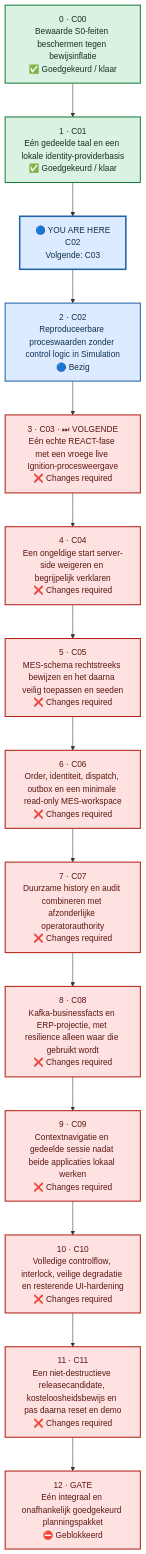
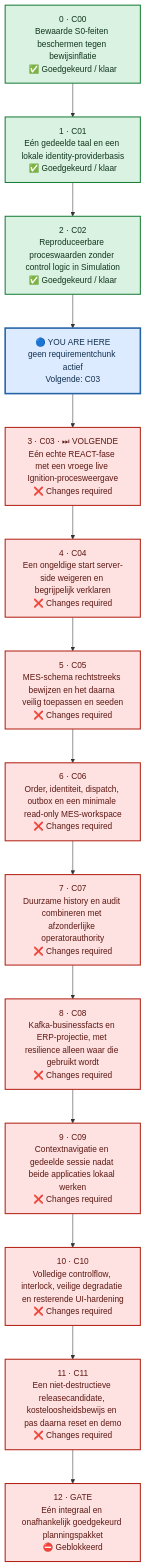
The diagram in chunks.mmd (Jandesch91/n1-bioforge-requirements-cockpit), drawn with Mermaid before and after one commit. The commit also changed 3 other files, not shown here.

```diff
--- a/chunks.mmd
+++ b/chunks.mmd
@@ -1,39 +1,39 @@
 %%{init: {"flowchart": {"curve": "linear", "nodeSpacing": 55, "rankSpacing": 65, "htmlLabels": true}}}%%
 flowchart TB
     %% One vertical lane: order is explicit and no dependency arrows cross.
     chunk_0["0 · C00<br/>Bewaarde S0-feiten beschermen tegen bewijsinflatie<br/>✅ Goedgekeurd / klaar"]
     chunk_1["1 · C01<br/>Eén gedeelde taal en een lokale identity-providerbasis<br/>✅ Goedgekeurd / klaar"]
-    chunk_2["2 · C02<br/>Reproduceerbare proceswaarden zonder control logic in Simulation<br/>🔵 Bezig"]
+    chunk_2["2 · C02<br/>Reproduceerbare proceswaarden zonder control logic in Simulation<br/>✅ Goedgekeurd / klaar"]
     chunk_3["3 · C03 · ⏭ VOLGENDE<br/>Eén echte REACT-fase met een vroege live Ignition-procesweergave<br/>❌ Changes required"]
     chunk_4["4 · C04<br/>Een ongeldige start server-side weigeren en begrijpelijk verklaren<br/>❌ Changes required"]
     chunk_5["5 · C05<br/>MES-schema rechtstreeks bewijzen en het daarna veilig toepassen en seeden<br/>❌ Changes required"]
     chunk_6["6 · C06<br/>Order, identiteit, dispatch, outbox en een minimale read-only MES-workspace<br/>❌ Changes required"]
     chunk_7["7 · C07<br/>Duurzame history en audit combineren met afzonderlijke operatorauthority<br/>❌ Changes required"]
     chunk_8["8 · C08<br/>Kafka-businessfacts en ERP-projectie, met resilience alleen waar die gebruikt wordt<br/>❌ Changes required"]
     chunk_9["9 · C09<br/>Contextnavigatie en gedeelde sessie nadat beide applicaties lokaal werken<br/>❌ Changes required"]
     chunk_10["10 · C10<br/>Volledige controlflow, interlock, veilige degradatie en resterende UI-hardening<br/>❌ Changes required"]
     chunk_11["11 · C11<br/>Een niet-destructieve releasecandidate, kosteloosheidsbewijs en pas daarna reset en demo<br/>❌ Changes required"]
     chunk_12["12 · GATE<br/>Eén integraal en onafhankelijk goedgekeurd planningspakket<br/>⛔ Geblokkeerd"]
-    current_marker["🔵 YOU ARE HERE<br/>C02<br/>Volgende: C03"]
-    chunk_0 --> chunk_1 --> current_marker --> chunk_2 --> chunk_3 --> chunk_4 --> chunk_5 --> chunk_6 --> chunk_7 --> chunk_8 --> chunk_9 --> chunk_10 --> chunk_11 --> chunk_12
+    current_marker["🔵 YOU ARE HERE<br/>geen requirementchunk actief<br/>Volgende: C03"]
+    chunk_0 --> chunk_1 --> chunk_2 --> current_marker --> chunk_3 --> chunk_4 --> chunk_5 --> chunk_6 --> chunk_7 --> chunk_8 --> chunk_9 --> chunk_10 --> chunk_11 --> chunk_12
     classDef approved fill:#D9F2E1,stroke:#1B7F3A,color:#12351D,stroke-width:2px
     classDef inprogress fill:#DCEBFF,stroke:#2463A6,color:#12304F,stroke-width:2px
     classDef human fill:#FFF2BF,stroke:#A66B00,color:#4D3300,stroke-width:2px
     classDef changes fill:#FDE2E1,stroke:#B42318,color:#5D1712,stroke-width:2px
     classDef blocked fill:#FDE2E1,stroke:#B42318,color:#5D1712,stroke-width:2px
     classDef notstarted fill:#F2F4F7,stroke:#667085,color:#344054,stroke-width:2px
     classDef current fill:#DCEBFF,stroke:#2463A6,color:#12304F,stroke-width:3px
     class chunk_0 approved
     class chunk_1 approved
-    class chunk_2 inprogress
+    class chunk_2 approved
     class chunk_3 changes
     class chunk_4 changes
     class chunk_5 changes
     class chunk_6 changes
     class chunk_7 changes
     class chunk_8 changes
     class chunk_9 changes
     class chunk_10 changes
     class chunk_11 changes
     class chunk_12 blocked
     class current_marker current
```
